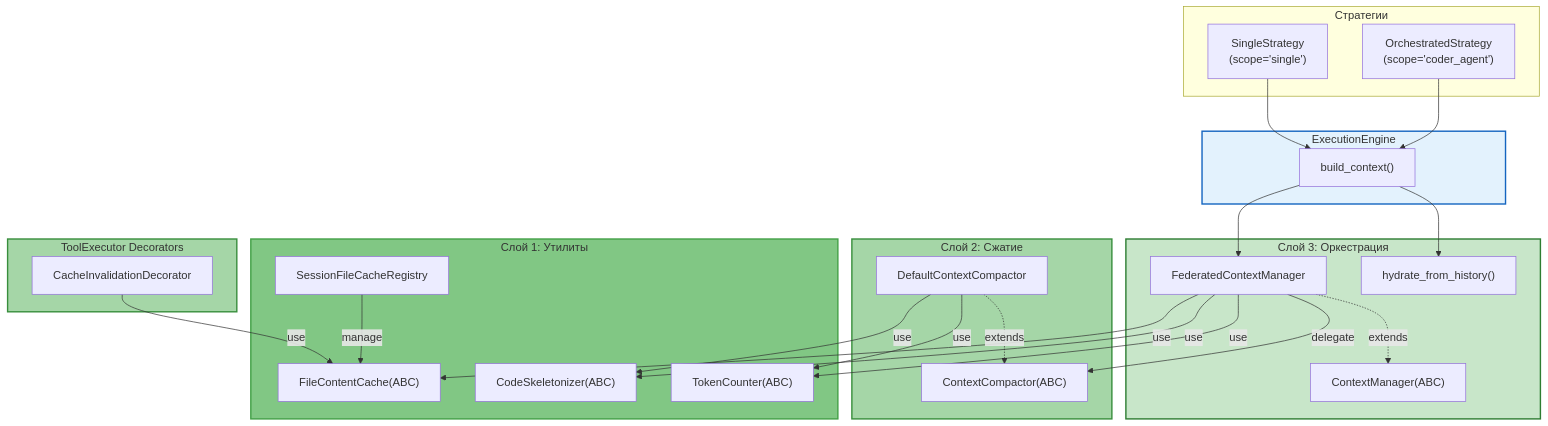
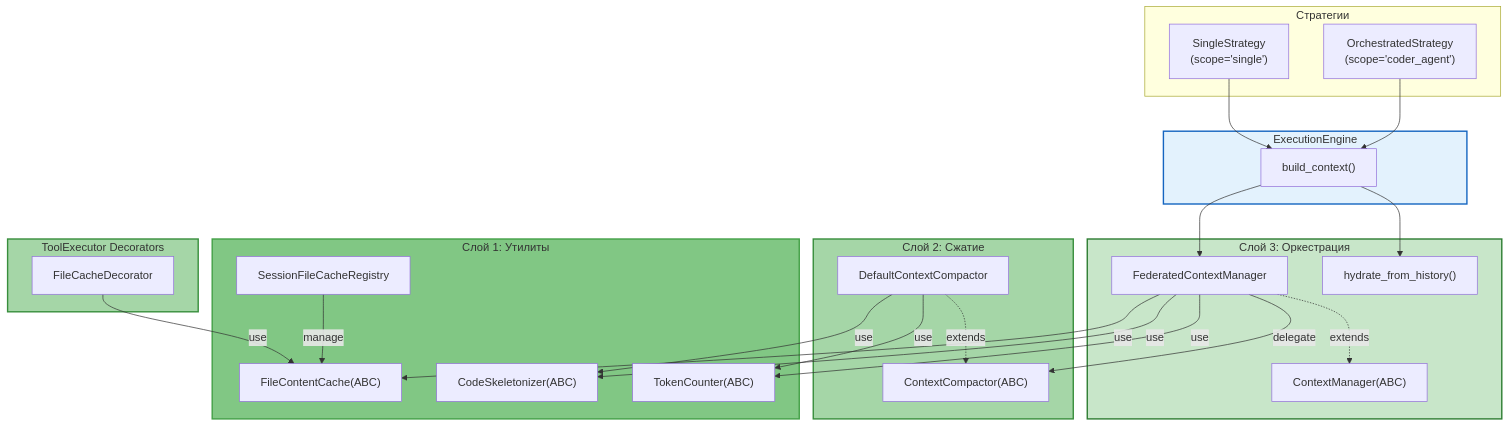
The second of 2 diagrams in doc/internals/architecture/fcm/README.md (pese-git/codelab-agent), drawn with Mermaid before and after one commit. The commit also changed other lines of this file and 6 other files, not shown here.

````diff
--- a/doc/internals/architecture/fcm/README.md
+++ b/doc/internals/architecture/fcm/README.md
@@ -68,54 +78,54 @@
 ```mermaid
 graph TB
     subgraph Strategies["Стратегии"]
         Single["SingleStrategy<br/>(scope='single')"]
         Orch["OrchestratedStrategy<br/>(scope='coder_agent')"]
     end
     
     subgraph EE["ExecutionEngine"]
         BC["build_context()"]
     end
     
     subgraph Layer3["Слой 3: Оркестрация"]
         CM["ContextManager(ABC)"]
         FCM["FederatedContextManager"]
         HS["hydrate_from_history()"]
     end
     
     subgraph Layer2["Слой 2: Сжатие"]
         CC["ContextCompactor(ABC)"]
         DCC["DefaultContextCompactor"]
     end
     
     subgraph Layer1["Слой 1: Утилиты"]
         TC["TokenCounter(ABC)"]
         SK["CodeSkeletonizer(ABC)"]
         FCC["FileContentCache(ABC)"]
         SFCC["SessionFileCacheRegistry"]
     end
     
     subgraph Decorators["ToolExecutor Decorators"]
-        CID["CacheInvalidationDecorator"]
+        CID["FileCacheDecorator"]
     end
     
     Single --> BC
     Orch --> BC
     BC --> HS
     BC --> FCM
     FCM -.->|"extends"| CM
     FCM -->|"delegate"| CC
     DCC -.->|"extends"| CC
     FCM -->|"use"| TC
     FCM -->|"use"| SK
     FCM -->|"use"| FCC
     DCC -->|"use"| TC
     DCC -->|"use"| SK
     CID -->|"use"| FCC
     SFCC -->|"manage"| FCC
     
     style EE fill:#e3f2fd,stroke:#1565c0,stroke-width:2px
     style Layer3 fill:#c8e6c9,stroke:#2e7d32,stroke-width:2px
     style Layer2 fill:#a5d6a7,stroke:#388e3c,stroke-width:2px
     style Layer1 fill:#81c784,stroke:#43a047,stroke-width:2px
     style Decorators fill:#a5d6a7,stroke:#388e3c,stroke-width:2px
 ```
````
